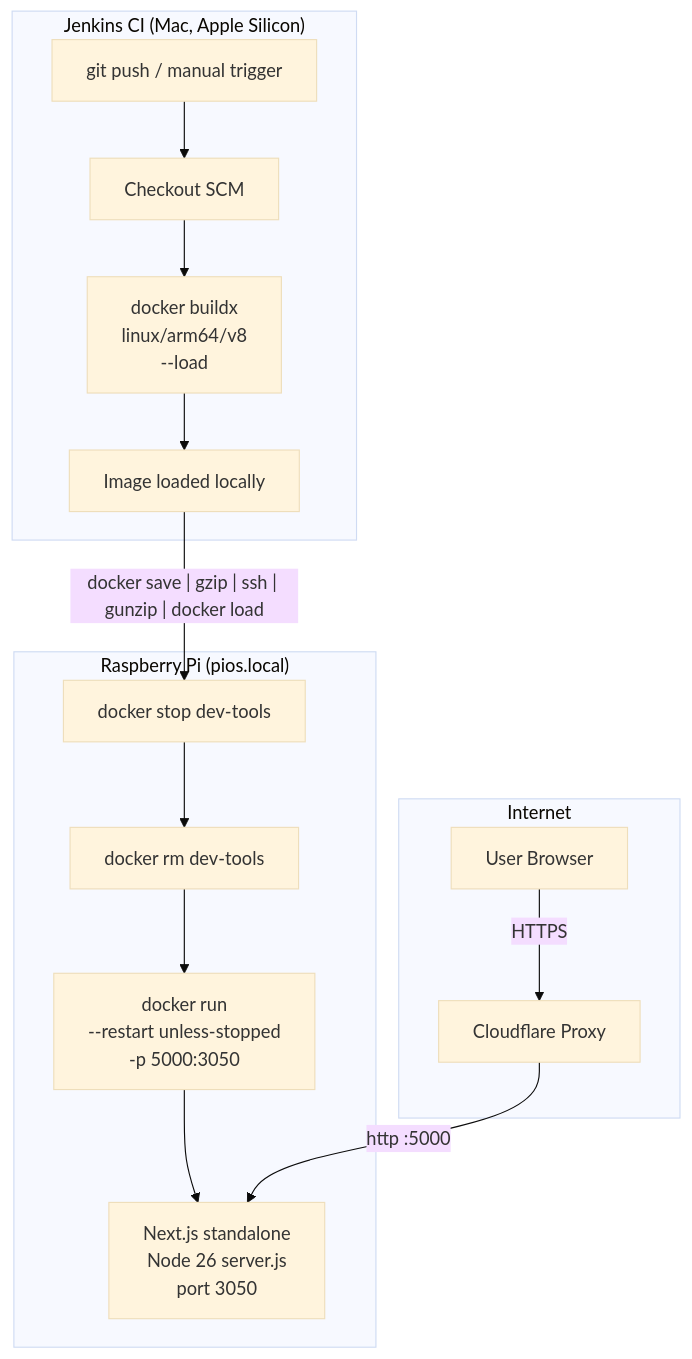
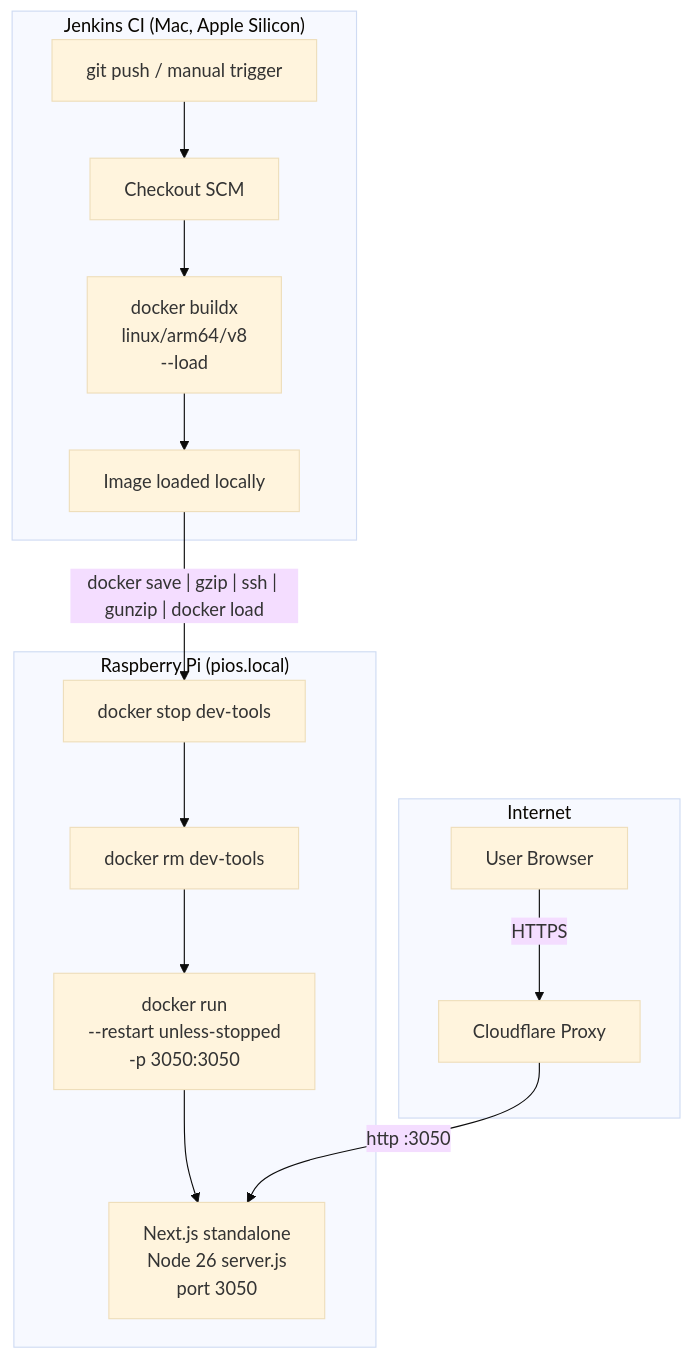
One commit to chandanankush/dev-tools changed the second of 2 diagrams in docs/DEPLOYMENT.md. Above: the diagram before and after it, drawn with Mermaid (base theme). The commit also changed other lines of this file and 8 other files, not shown here.

````diff
--- a/docs/DEPLOYMENT.md
+++ b/docs/DEPLOYMENT.md
@@ -134,22 +134,22 @@
 ```mermaid
 flowchart TD
     subgraph CI["Jenkins CI (Mac, Apple Silicon)"]
         A[git push / manual trigger] --> B[Checkout SCM]
         B --> C[docker buildx\nlinux/arm64/v8\n--load]
         C --> F[Image loaded locally]
     end
 
     subgraph Remote["Raspberry Pi (pios.local)"]
         G[docker stop dev-tools]
         G --> H[docker rm dev-tools]
-        H --> I[docker run\n--restart unless-stopped\n-p 5000:3050]
+        H --> I[docker run\n--restart unless-stopped\n-p 3050:3050]
         I --> J[Next.js standalone\nNode 26 server.js\nport 3050]
     end
 
     subgraph Internet
         K[User Browser] -->|HTTPS| L[Cloudflare Proxy]
-        L -->|http :5000| J
+        L -->|http :3050| J
     end
 
     F -- "docker save | gzip | ssh | gunzip | docker load" --> G
 ```
````
